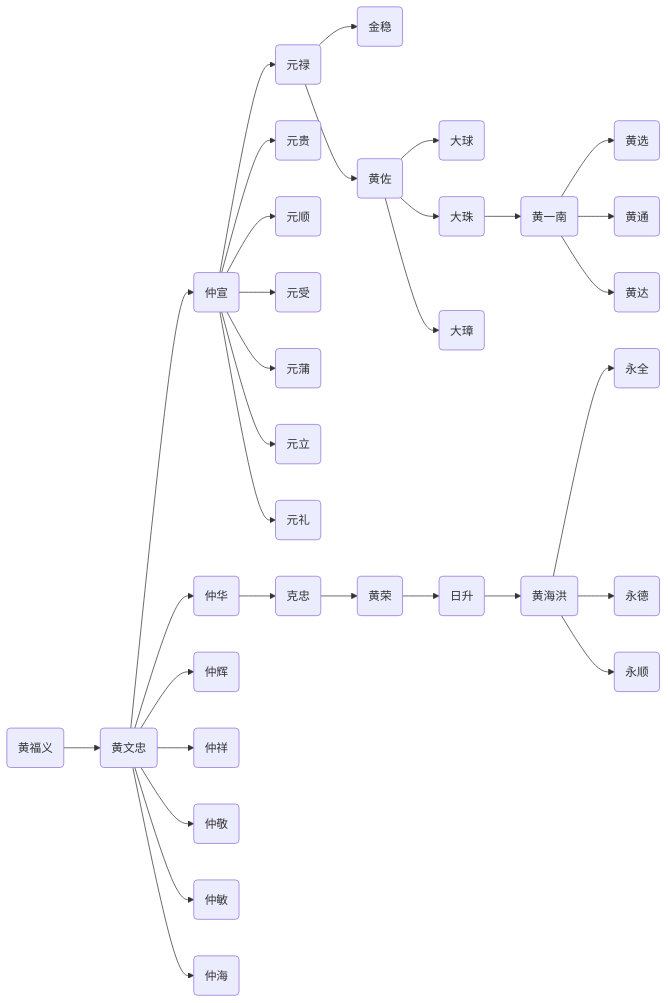
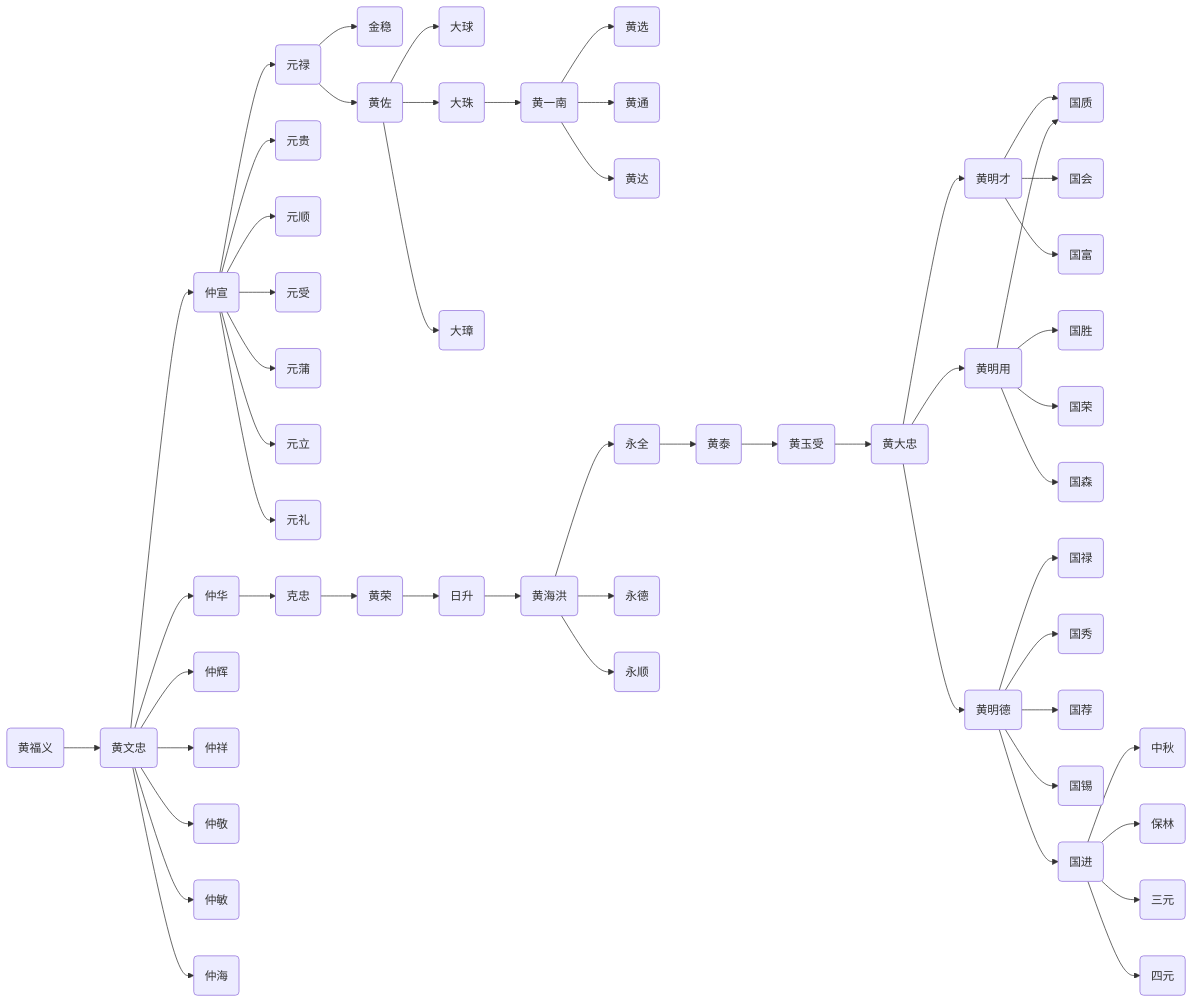
One commit to jeanim/jiapu changed the diagram in contents/chapter2.md. Above: the diagram before and after it, drawn with Mermaid.

```diff
--- a/contents/chapter2.md
+++ b/contents/chapter2.md
@@ -5,34 +5,56 @@
 {% mermaid %}
 graph LR;
   huangfuyi("黄福义")-->huangwenzhong("黄文忠");
   huangwenzhong("黄文忠")-->zhongxuan("仲宣");
   zhongxuan("仲宣")-->yuanlu("元禄");
   yuanlu("元禄")-->jingwen("金稳");
   yuanlu("元禄")-->huangzuo("黄佐");
   huangzuo("黄佐")-->daqiu("大球");
   huangzuo("黄佐")-->dazhu("大珠");
   dazhu("大珠")-->huangyinan("黄一南");
   huangyinan("黄一南")-->huangxuan("黄选");
   huangyinan("黄一南")-->huangtong("黄通");
   huangyinan("黄一南")-->huangda("黄达");
   huangzuo("黄佐")-->dazhang("大璋");
   zhongxuan("仲宣")-->yuangui("元贵");
   zhongxuan("仲宣")-->yuanshun("元顺");
   zhongxuan("仲宣")-->yuanshou("元受");
   zhongxuan("仲宣")-->yuanpu("元蒲");
   zhongxuan("仲宣")-->yuanli("元立");
   zhongxuan("仲宣")-->yuanli2("元礼");
   huangwenzhong("黄文忠")-->zhonghua("仲华");
   zhonghua("仲华")-->kezhong("克忠");
   kezhong("克忠")-->huangrong("黄荣");
   huangrong("黄荣")-->risheng("日升");
   risheng("日升")-->huanghaihong("黄海洪");
   huanghaihong("黄海洪")-->yongquan("永全");
+  yongquan("永全")-->huangtai("黄泰");
+  huangtai("黄泰")-->huangyushou("黄玉受");
+  huangyushou("黄玉受")-->huangdazhong("黄大忠");
+  huangdazhong("黄大忠")-->huangmingcai("黄明才");
+  huangmingcai("黄明才")-->guozhi("国志");
+  huangmingcai("黄明才")-->guohui("国会");
+  huangmingcai("黄明才")-->guofu("国富");
+  huangdazhong("黄大忠")-->huangmingyong("黄明用");
+  huangmingyong("黄明用")-->guosheng("国胜");
+  huangmingyong("黄明用")-->guorong("国荣");
+  huangmingyong("黄明用")-->guosen("国森");
+  huangmingyong("黄明用")-->guozhi("国质");
+  huangdazhong("黄大忠")-->huangmingde("黄明德");
+  huangmingde("黄明德")-->guolu("国禄");
+  huangmingde("黄明德")-->guoxiu("国秀");
+  huangmingde("黄明德")-->guojian("国荐");
+  huangmingde("黄明德")-->guoxi("国锡");
+  huangmingde("黄明德")-->guojin("国进");
+  guojin("国进")-->zhongqiu("中秋");
+  guojin("国进")-->baolin("保林");
+  guojin("国进")-->sanyuan("三元");
+  guojin("国进")-->siyuan("四元");
   huanghaihong("黄海洪")-->yongde("永德");
   huanghaihong("黄海洪")-->yongshun("永顺");
   huangwenzhong("黄文忠")-->zhonghui("仲辉");
   huangwenzhong("黄文忠")-->zhongxiang("仲祥");
   huangwenzhong("黄文忠")-->zhongjing("仲敬");
   huangwenzhong("黄文忠")-->zhongmin("仲敏");
-  huangwenzhong("黄文忠")-->zhonghai("仲海");  
+  huangwenzhong("黄文忠")-->zhonghai("仲海"); 
 {% endmermaid %}
```
